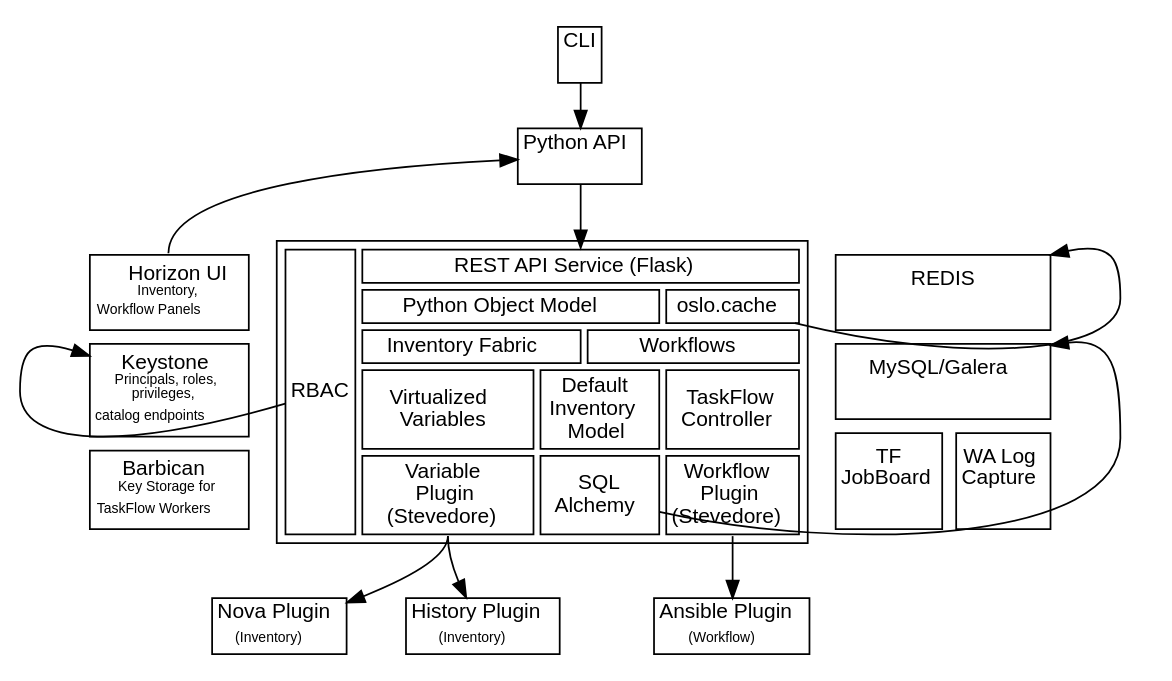
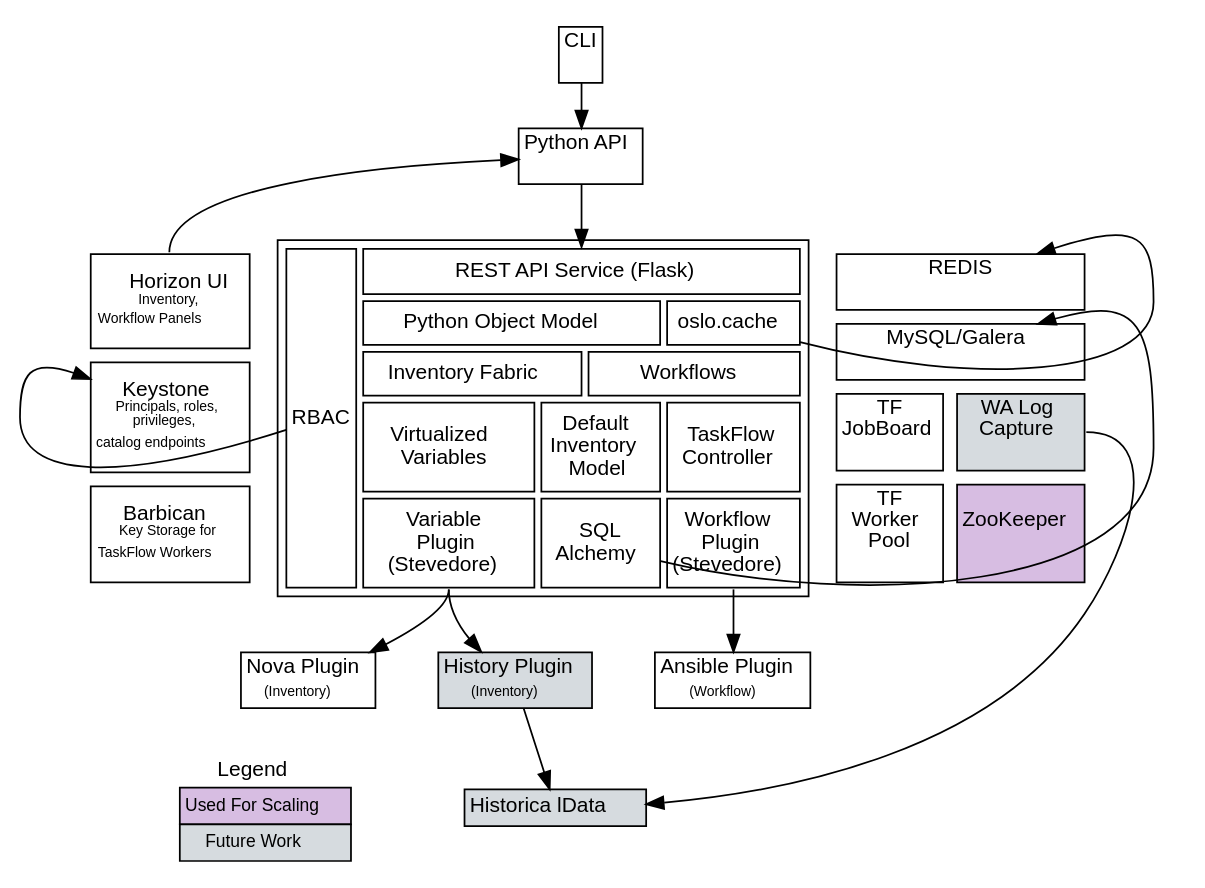
Before and after one commit to mwturvey/craton: the diagram in doc/source/arch-diagram.dot, drawn with Graphviz. The commit also changed 2 other files, not shown here.

```diff
--- a/doc/source/arch-diagram.dot
+++ b/doc/source/arch-diagram.dot
@@ -1,140 +1,167 @@
 digraph structs {
     node [shape=plaintext]
     
 #    overlap=false;
 #    splines=true;
 #    layout="neato";
  
     Cli [label=<
 <TABLE BORDER="0" CELLBORDER="1" CELLSPACING="0">
   <TR><TD PORT="Cli"><font face="Helvetica" point-size="12">CLI<br/></font>
   </TD></TR>
 </TABLE>>];
 
     PythonApi [label=<
 <TABLE BORDER="0" CELLBORDER="1" CELLSPACING="0">
   <TR><TD PORT="PythonApi"><font face="Helvetica" point-size="12">Python API<br/></font>
   </TD></TR>
 </TABLE>>];
 
 
     CratonCore [label=<
 <TABLE BORDER="0" CELLBORDER="0" CELLSPACING="4">
 <TR>
 <TD>
 <TABLE BORDER="0" CELLBORDER="1" CELLSPACING="8">
 
   <TR>
     <TD PORT="Horizon"><font face="Helvetica" point-size="12">
     <font face="Helvetica" point-size="12">Horizon UI<br/><font point-size="8">
     Inventory,<br/>Workflow Panels</font></font>
     </font></TD>
   </TR>
   <TR><TD PORT="Keystone"><font face="Helvetica" point-size="12">Keystone<br/><font point-size="8">
     Principals, roles,<br/>privileges,<br/>catalog endpoints</font></font>
   </TD></TR>
   <TR><TD PORT="Barbican"><font face="Helvetica" point-size="12">Barbican<br/><font point-size="8">
     Key Storage for<br/>TaskFlow Workers</font></font>
   </TD></TR>
 </TABLE>
 </TD>
 <TD>
 <TABLE BORDER="1" CELLBORDER="1" CELLSPACING="4">
 <!--font face="Helvetica"-->
   <TR>
     <TD rowspan="5" PORT="Rbac"><font face="Helvetica" point-size="12">RBAC</font></TD>
     <TD colspan="4" PORT="RestApi"><font face="Helvetica" point-size="12">REST API Service (Flask)</font></TD>
   </TR>
   <TR>
     <TD colspan="3" PORT="PythonObjectModel"><font face="Helvetica" point-size="12">Python Object Model</font></TD>
     <TD colspan="1" PORT="OsloCache"><font face="Helvetica" point-size="12">oslo.cache</font></TD>
   </TR>
   <TR>
     <TD colspan="2" PORT="InventoryFabric"><font face="Helvetica" point-size="12">Inventory Fabric</font></TD>
     <TD colspan="2" PORT="Workflows"><font face="Helvetica" point-size="12">Workflows</font></TD>
   </TR>
   <TR>
     <TD colspan="1" PORT="VirtualizedVariables"><font face="Helvetica" point-size="12">Virtualized <br/>Variables</font></TD>
     <TD colspan="2" PORT="DefaultInventoryModel"><font face="Helvetica" point-size="12">Default<br/>Inventory<br/>Model</font></TD>
     <TD colspan="1" PORT="TaskFlowController"><font face="Helvetica" point-size="12">TaskFlow<br/>Controller</font></TD>
   </TR>
   <TR>
     <TD colspan="1" PORT="VariablePlugin"><font face="Helvetica" point-size="12">Variable<br/>Plugin<br/>(Stevedore)</font></TD>
     <TD colspan="2" PORT="SqlAlchemy"><font face="Helvetica" point-size="12">SQL<br/>Alchemy</font></TD>
     <TD colspan="1" PORT="WorkflowPlugin"><font face="Helvetica" point-size="12">Workflow<br/>Plugin<br/>(Stevedore)</font></TD>
   </TR>
   <!--/font-->
 </TABLE>
 </TD>
 <TD>
 <TABLE BORDER="0" CELLBORDER="1" CELLSPACING="8">
 
   <TR><TD COLSPAN="2" PORT="Redis"><font face="Helvetica" point-size="12">REDIS<br/></font>
   </TD></TR>
 
   <TR><TD  COLSPAN="2" PORT="MySqlGalera"><font face="Helvetica" point-size="12">MySQL/Galera<br/></font>
   </TD></TR>
   <TR>
   <TD PORT="TfJobBoard"><font face="Helvetica" point-size="12">TF<br/>JobBoard<br/></font>
   </TD>
-  <TD PORT="WaLogCapture"><font face="Helvetica" point-size="12">WA Log<br/>Capture<br/></font>
+  <TD PORT="WaLogCapture" bgcolor="#D6DBDF"><font face="Helvetica" point-size="12">WA Log<br/>Capture<br/></font>
+  </TD>
+  </TR>
+  <TR>
+  <TD ><font face="Helvetica" point-size="12">TF<br/>Worker<br/>Pool<br/></font>
+  </TD>
+  <TD bgcolor="#D7BDE2"><font face="Helvetica" point-size="12" >ZooKeeper<br/></font>
   </TD>
   </TR>
 
 </TABLE>
 </TD>
 </TR>
 </TABLE>
 
 >];
 
 
     NovaPlugin [label=<
 <TABLE BORDER="0" CELLBORDER="1" CELLSPACING="0">
   <TR><TD PORT="NovaPlugin"><font face="Helvetica" point-size="12">Nova Plugin<br/><font point-size="8">
     (Inventory)</font></font>
   </TD></TR>
 </TABLE>>];
 
     HistoryPlugin [label=<
 <TABLE BORDER="0" CELLBORDER="1" CELLSPACING="0">
-  <TR><TD PORT="HistoryPlugin"><font face="Helvetica" point-size="12">History Plugin<br/><font point-size="8">
+  <TR><TD PORT="HistoryPlugin" bgcolor="#D6DBDF"><font face="Helvetica" point-size="12">History Plugin<br/><font point-size="8">
     (Inventory)</font></font>
   </TD></TR>
 </TABLE>>];
 
     AnsiblePlugin [label=<
 <TABLE BORDER="0" CELLBORDER="1" CELLSPACING="0">
   <TR><TD PORT="AnsiblePlugin"><font face="Helvetica" point-size="12">Ansible Plugin<br/><font point-size="8">
     (Workflow)</font></font>
   </TD></TR>
 </TABLE>>];
+
+    HistoricalData [label=<
+<TABLE BORDER="0" CELLBORDER="1" CELLSPACING="0">
+  <TR><TD PORT="HistoricalData" bgcolor="#D6DBDF"><font face="Helvetica" point-size="12">Historica lData</font>
+  </TD></TR>
+</TABLE>>];
+
+
+    Legend [label=<
+<TABLE BORDER="0" CELLBORDER="0" CELLSPACING="0">
+  <TR><TD><font face="Helvetica" point-size="12">Legend</font>
+  </TD></TR>
+  <TR><TD border="1" bgcolor="#D7BDE2"><font face="Helvetica" point-size="10">Used For Scaling</font>
+  </TD></TR>
+  <TR><TD border="1" bgcolor="#D6DBDF"><font face="Helvetica" point-size="10">Future Work</font>
+  </TD></TR>
+</TABLE>>];
+
 
 
 //UndercloudIntegrations [pos="1,1"];
 #subgraph cluster1 {
 #        style=invis;
 #        Barbican;
 #        Horizon;
 #        Keystone;
 #    }    
 
 ranksep=.25; 
 #size = "8,8";
 #{ rank = same; Horizon; CratonCore:PythonObjectModel; }
 
 #{ rank = same; UndercloudIntegrations; CratonCore; }
 #Horizon -> Keystone [style=invis]
-#Keystone -> Barbican [style=invis]
+NovaPlugin -> Legend [style=invis];
+CratonCore:Barbican -> Legend [style=invis];
 
+    CratonCore:WaLogCapture -> HistoricalData:HistoricalData;
+    HistoryPlugin:HistoryPlugin -> HistoricalData:HistoricalData;
     CratonCore:Horizon -> PythonApi:PythonApi [constraint=false]; 
     CratonCore:RBAC -> CratonCore:Keystone;
     PythonApi:PythonApi -> CratonCore:RestApi;
     Cli:Cli -> PythonApi:PythonApi;
     CratonCore:VariablePlugin -> NovaPlugin:NovaPlugin;
     CratonCore:VariablePlugin -> HistoryPlugin:HistoryPlugin;
     CratonCore:WorkflowPlugin -> AnsiblePlugin:AnsiblePlugin;
     CratonCore:OsloCache -> CratonCore:Redis [constraint=false];
     CratonCore:SqlAlchemy -> CratonCore:MySqlGalera;
 
 }
```
